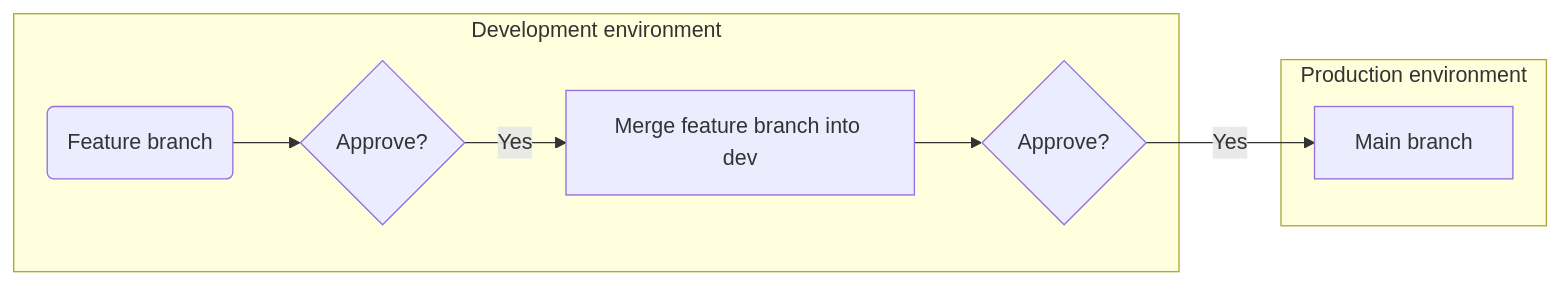
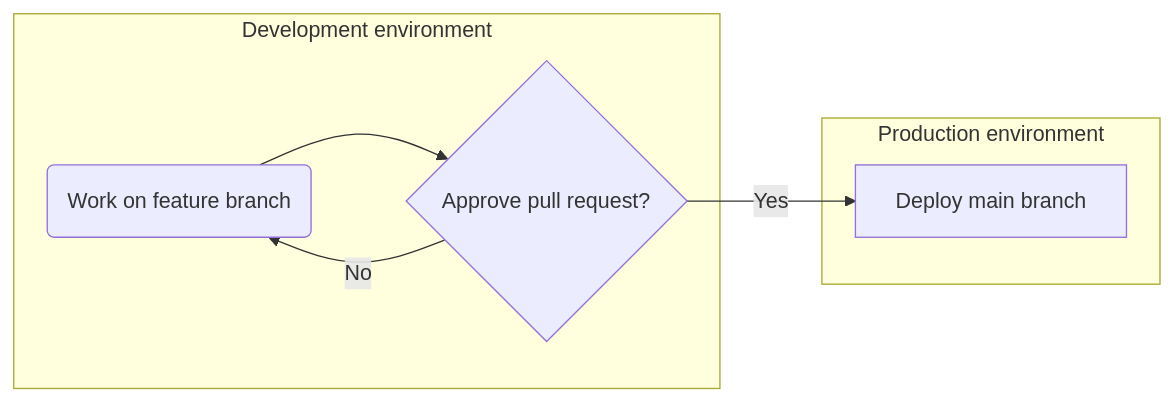
Before and after one commit to RSE-Sheffield/SORT: the first of 2 diagrams in CONTRIBUTING.md, drawn with Mermaid. The commit also changed other lines of this file, not shown here.

````diff
--- a/CONTRIBUTING.md
+++ b/CONTRIBUTING.md
@@ -47,16 +59,13 @@
 ```mermaid
 graph LR
   subgraph Development environment
-    A(Feature branch)
-    B{Approve?}
-    C[Merge feature branch into dev]
-    D{Approve?}
+    A(Work on feature branch)
+    B{Approve pull request?}
   end
   subgraph Production environment
-    E[Main branch]
+    E[Deploy main branch]
   end
   A --> B
-  B -- Yes --> C
-  C --> D
-  D -- Yes --> E
+  B -- Yes --> E
+  B -- No --> A
 ```
````
